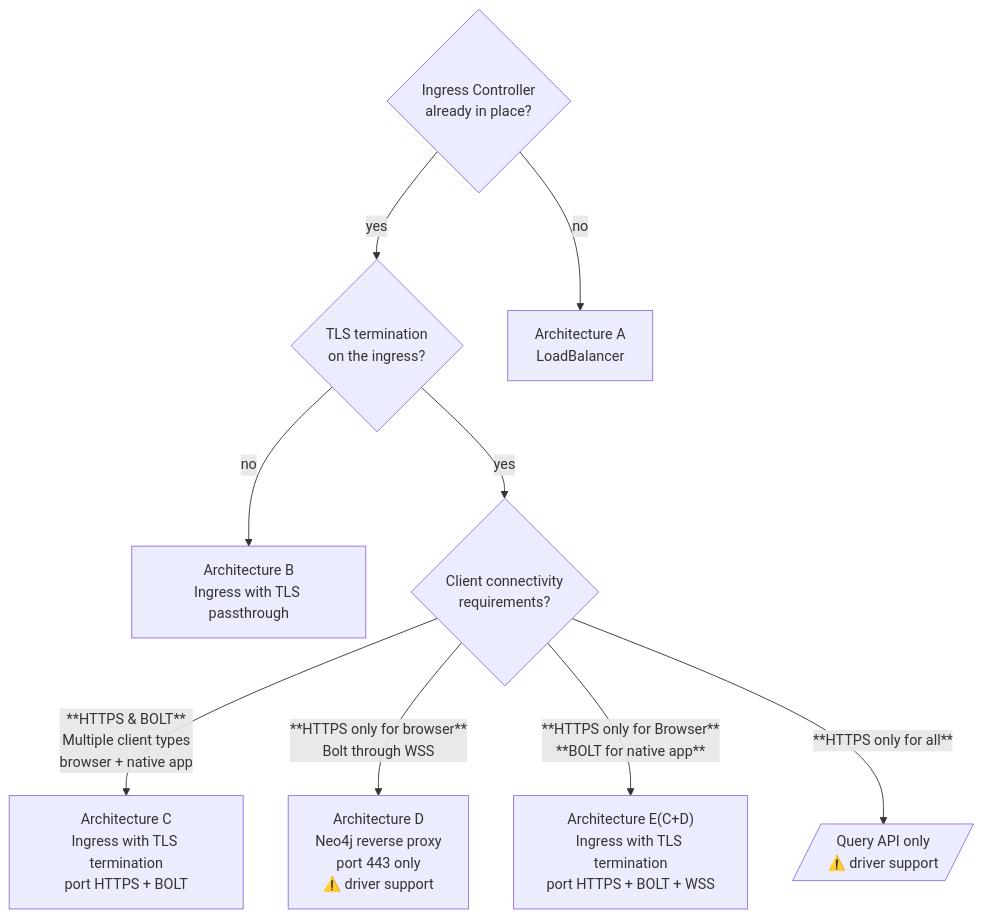
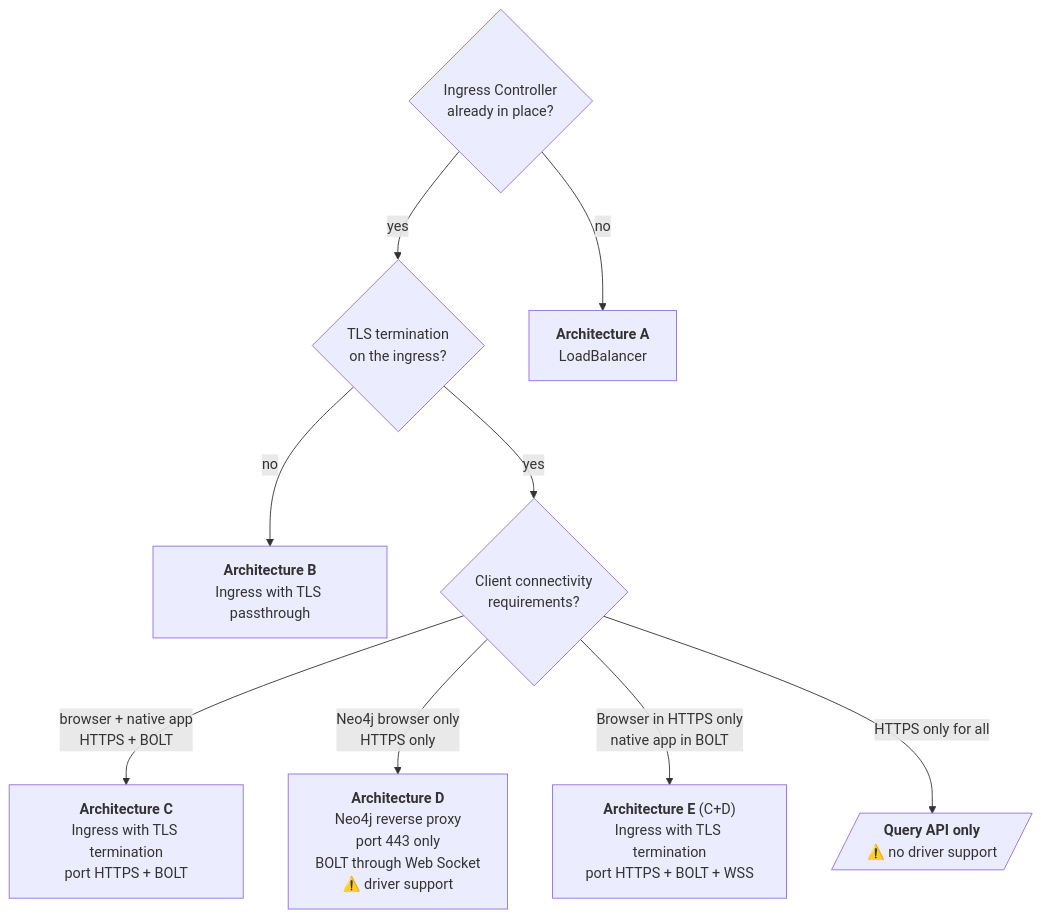
Before and after one commit to chboudry/neo4j-kubernetes: the first of 7 diagrams in readme_network.md, drawn with Mermaid.

Commit message:
Enhance decision tree in network architecture documentation by bolding architecture labels and clarifying client connectivity options for various scenarios.

````diff
--- a/readme_network.md
+++ b/readme_network.md
@@ -5,15 +5,15 @@
 ```mermaid
 flowchart TD
     A{"Ingress Controller<br/>already in place?"}
 
     A -->|yes| B{"TLS termination<br/>on the ingress?"}
-    A -->|no| G["Architecture A<br/>LoadBalancer"]
+    A -->|no| G["<b>Architecture A</b><br/>LoadBalancer"]
 
-    B -->|no| I["Architecture B<br/>Ingress with TLS passthrough"]
+    B -->|no| I["<b>Architecture B</b><br/>Ingress with TLS passthrough"]
     B -->|yes| W{"Client connectivity<br/>requirements?"}
 
-    W -->|**HTTPS & BOLT**<br/>Multiple client types<br/>browser + native app| M["Architecture C<br/>Ingress with TLS termination<br/>port HTTPS + BOLT"]
-    W -->|**HTTPS only for browser**<br/> Bolt through WSS| L["Architecture D<br/>Neo4j reverse proxy<br/>port 443 only<br/>⚠️ driver support"]
-    W -->|**HTTPS only for Browser**<br/>**BOLT for native app**<br/>| X["Architecture E(C+D)<br/>Ingress with TLS termination<br/>port HTTPS + BOLT + WSS"]
-    W -->|**HTTPS only for all**| Z[/Query API only<br/>⚠️ driver support/]
+    W -->|browser + native app<br/>HTTPS + BOLT<br/>| M["<b>Architecture C</b><br/>Ingress with TLS termination<br/>port HTTPS + BOLT"]
+    W -->|Neo4j browser only<br>HTTPS only| L["<b>Architecture D</b><br/>Neo4j reverse proxy<br/>port 443 only<br/>BOLT through Web Socket<br/>⚠️ driver support"]
+    W -->|Browser in HTTPS only<br/>native app in BOLT| X["<b>Architecture E</b> (C+D)<br/>Ingress with TLS termination<br/>port HTTPS + BOLT + WSS"]
+    W -->|HTTPS only for all| Z[/"<b>Query API only</b><br/>⚠️ no driver support"/]
 ```
````
